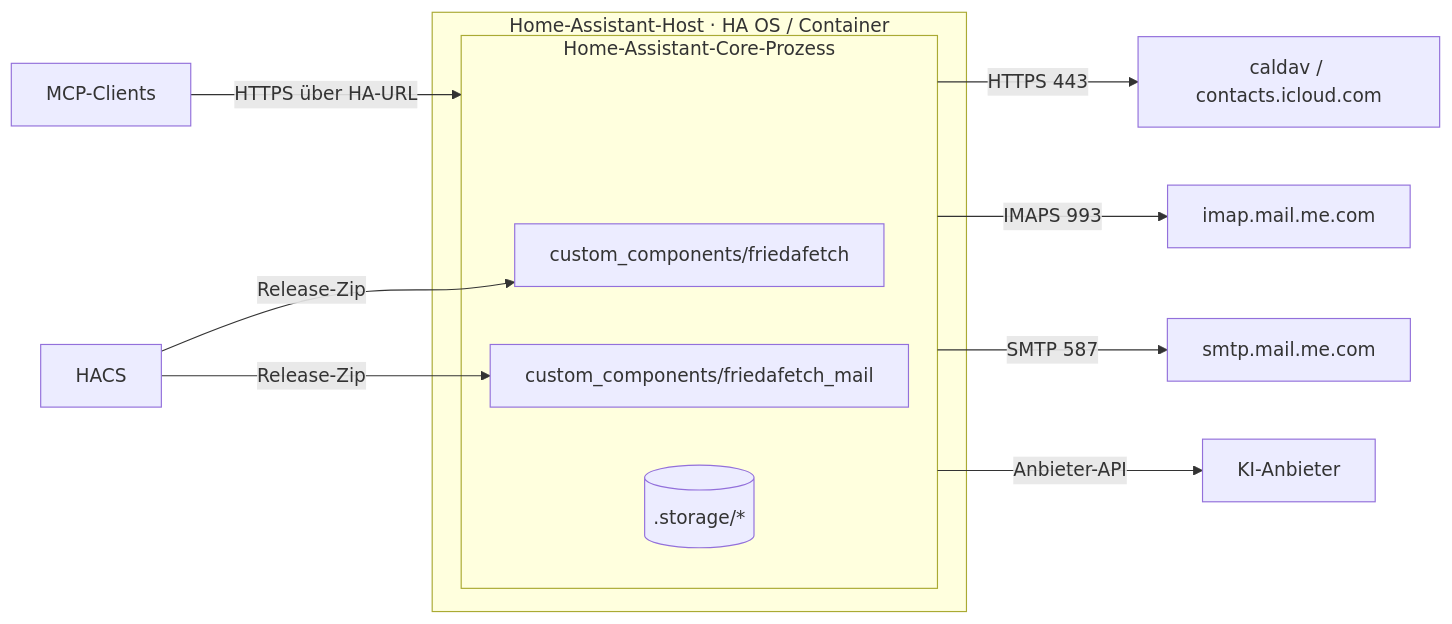
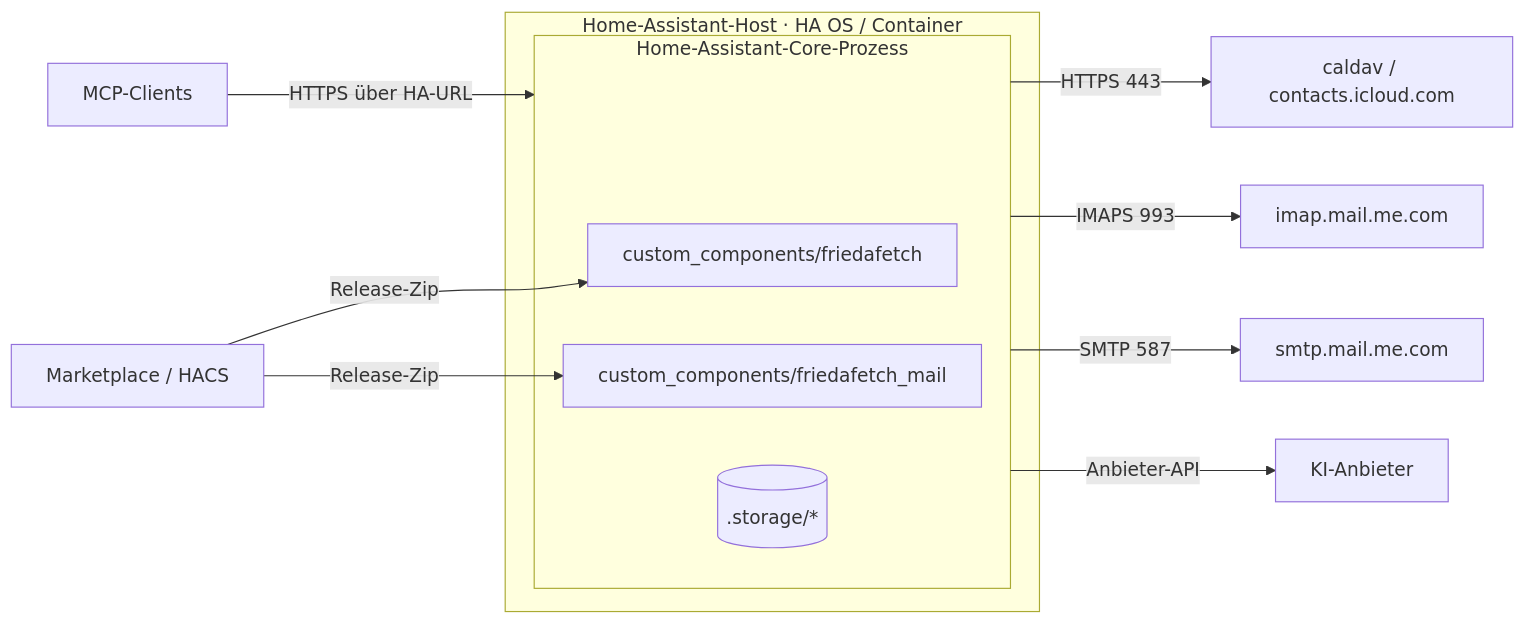
Before and after one commit to nadeo360/friedafetch: the sixth of 7 diagrams in docs/architecture.de.md, drawn with Mermaid. The commit also changed other lines of this file and 8 other files, not shown here.

````diff
--- a/docs/architecture.de.md
+++ b/docs/architecture.de.md
@@ -358,17 +358,17 @@
 ```mermaid
 flowchart LR
   subgraph host[Home-Assistant-Host · HA OS / Container]
     subgraph core[Home-Assistant-Core-Prozess]
       f[custom_components/friedafetch]
       p[custom_components/friedafetch_mail]
       st[(.storage/*)]
     end
   end
-  hacs[HACS] -- Release-Zip --> f
+  hacs[Marketplace / HACS] -- Release-Zip --> f
   hacs -- Release-Zip --> p
   core -- HTTPS 443 --> dav[caldav / contacts.icloud.com]
   core -- IMAPS 993 --> imap[imap.mail.me.com]
   core -- SMTP 587 --> smtp[smtp.mail.me.com]
   core -- Anbieter-API --> aiprov[KI-Anbieter]
   clients[MCP-Clients] -- HTTPS über HA-URL --> core
 ```
````
